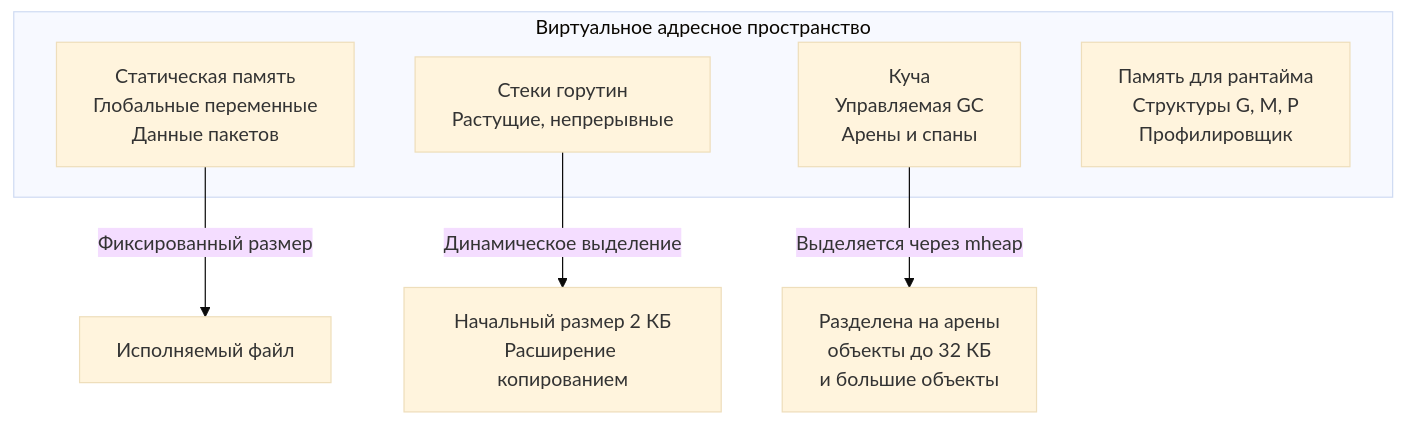
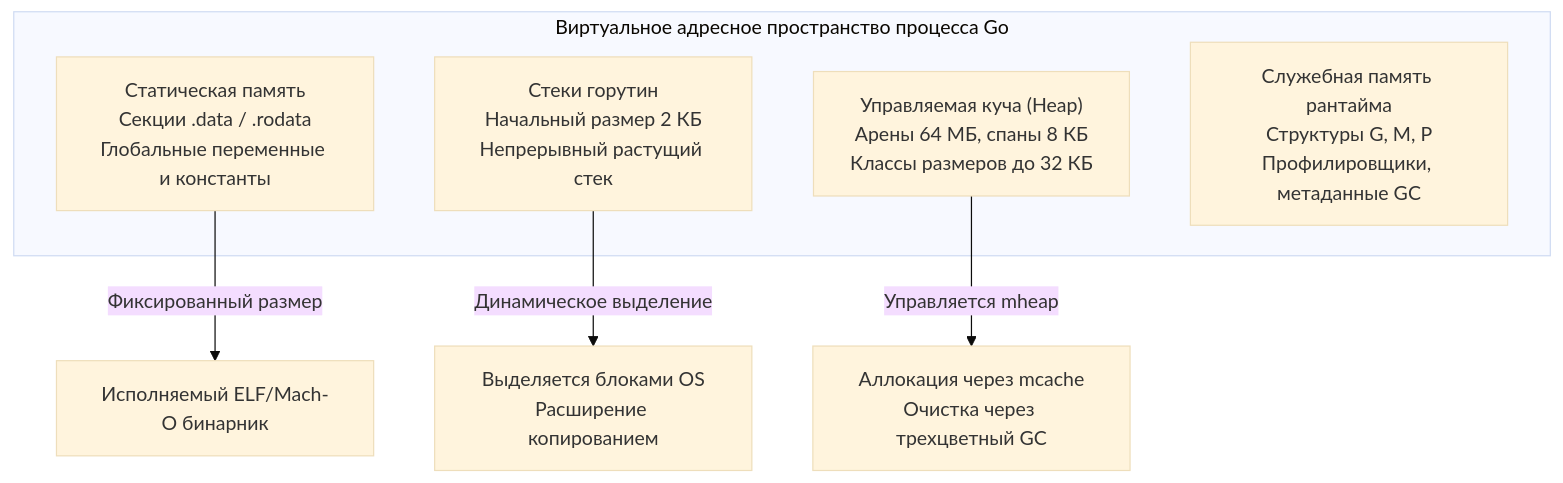
The first of 2 diagrams in sources/16. Профилирование, отладка и производительность/04. Memory profiling/1. Memory model Go.md (UnrealTemplier/go-textbook), drawn with Mermaid (base theme) before and after one commit. The commit also changed other lines of this file, not shown here.

````diff
--- a/sources/16. Профилирование, отладка и производительность/04. Memory profiling/1. Memory model Go.md
+++ b/sources/16. Профилирование, отладка и производительность/04. Memory profiling/1. Memory model Go.md
@@ -49,12 +69,12 @@
 ```mermaid
 flowchart TD
-    subgraph "Виртуальное адресное пространство"
-        A["Статическая память<br>Глобальные переменные<br>Данные пакетов"]
-        B["Стеки горутин<br>Растущие, непрерывные"]
-        C["Куча<br>Управляемая GC<br>Арены и спаны"]
-        D["Память для рантайма<br>Структуры G, M, P<br>Профилировщик"]
+    subgraph "Виртуальное адресное пространство процесса Go"
+        A["Статическая память<br>Секции .data / .rodata<br>Глобальные переменные и константы"]
+        B["Стеки горутин<br>Начальный размер 2 КБ<br>Непрерывный растущий стек"]
+        C["Управляемая куча (Heap)<br>Арены 64 МБ, спаны 8 КБ<br>Классы размеров до 32 КБ"]
+        D["Служебная память рантайма<br>Структуры G, M, P<br>Профилировщики, метаданные GC"]
     end
-    A -->|"Фиксированный размер"| Bin["Исполняемый файл"]
-    B -->|"Динамическое выделение"| Stack["Начальный размер 2 КБ<br>Расширение копированием"]
-    C -->|"Выделяется через mheap"| Heap["Разделена на арены<br>объекты до 32 КБ<br>и большие объекты"]
+    A -->|"Фиксированный размер"| Bin["Исполняемый ELF/Mach-O бинарник"]
+    B -->|"Динамическое выделение"| Stack["Выделяется блоками OS<br>Расширение копированием"]
+    C -->|"Управляется mheap"| Heap["Аллокация через mcache<br>Очистка через трехцветный GC"]
 ```
````
